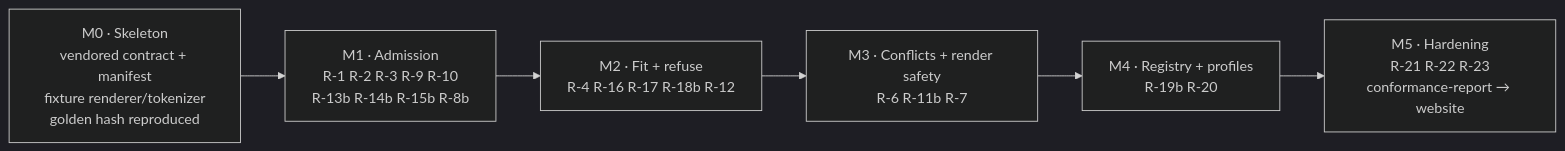
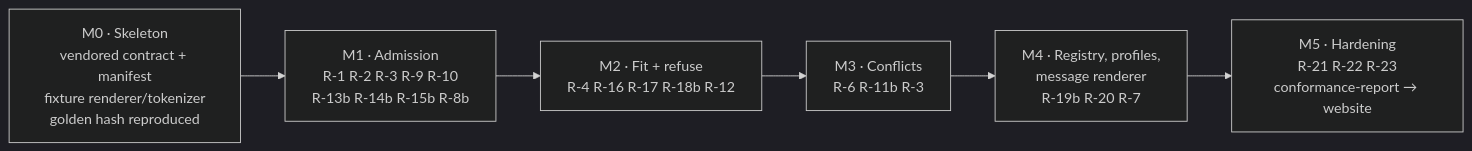
Diagram 11 of 12 in docs/DESIGN.md (contextwindowarchitecture/assembler-python), drawn with Mermaid (dark theme) before and after one commit. The commit also changed other lines of this file and 3 other files, not shown here.

````diff
--- a/docs/DESIGN.md
+++ b/docs/DESIGN.md
@@ -544,8 +544,8 @@
 ```mermaid
 flowchart LR
   M0["M0 · Skeleton<br/>vendored contract + manifest<br/>fixture renderer/tokenizer<br/>golden hash reproduced"] --> M1["M1 · Admission<br/>R-1 R-2 R-3 R-9 R-10<br/>R-13b R-14b R-15b R-8b"]
   M1 --> M2["M2 · Fit + refuse<br/>R-4 R-16 R-17 R-18b R-12"]
-  M2 --> M3["M3 · Conflicts + render safety<br/>R-6 R-11b R-7"]
-  M3 --> M4["M4 · Registry + profiles<br/>R-19b R-20"]
+  M2 --> M3["M3 · Conflicts<br/>R-6 R-11b R-3"]
+  M3 --> M4["M4 · Registry, profiles,<br/>message renderer<br/>R-19b R-20 R-7"]
   M4 --> M5["M5 · Hardening<br/>R-21 R-22 R-23<br/>conformance-report → website"]
 ```
````
